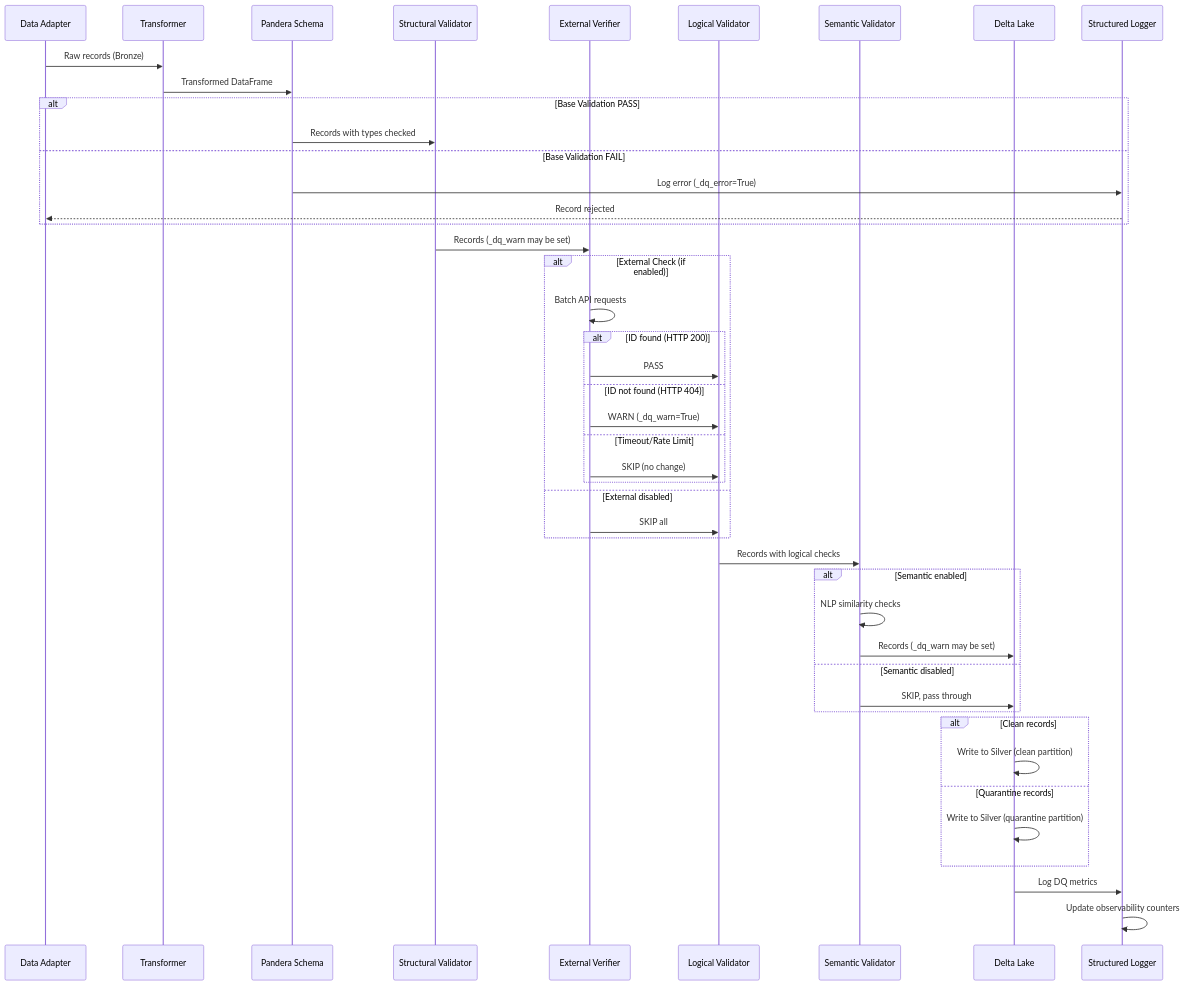
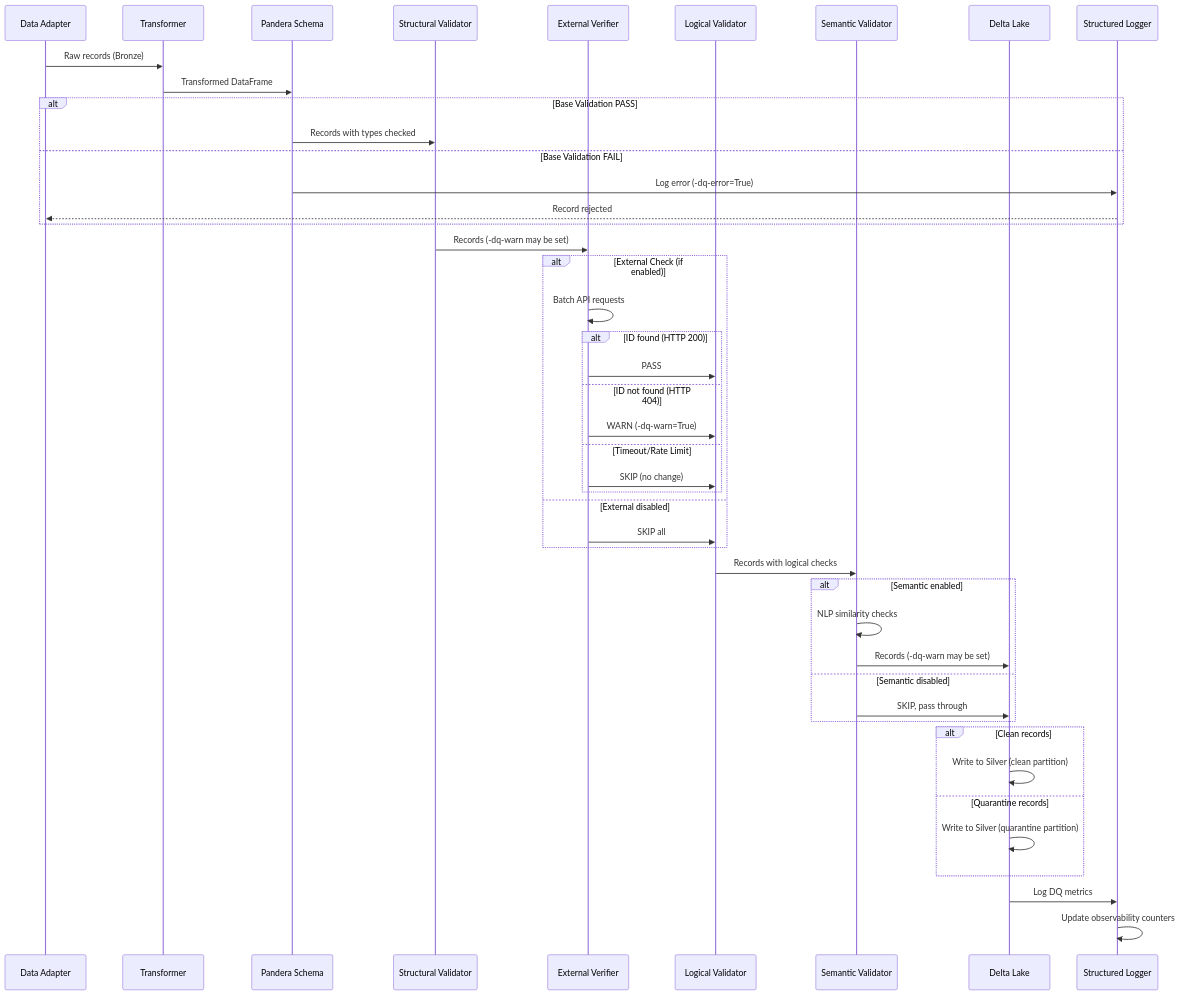
Before and after one commit to SatoryKono/BioactivityDataAcquisition: the fourth of 4 diagrams in docs/03-guides/publication-validation-guide.md, drawn with Mermaid. The commit also changed other lines of this file and 311 other files, not shown here.

````diff
--- a/docs/03-guides/publication-validation-guide.md
+++ b/docs/03-guides/publication-validation-guide.md
@@ -453,55 +453,55 @@
 ```mermaid
 sequenceDiagram
     participant Adapter as Data Adapter
     participant Transformer as Transformer
     participant Pandera as Pandera Schema
     participant StructVal as Structural Validator
     participant ExtVal as External Verifier
     participant LogVal as Logical Validator
     participant SemVal as Semantic Validator
     participant Storage as Delta Lake
     participant Logger as Structured Logger
 
     Adapter->>Transformer: Raw records (Bronze)
     Transformer->>Pandera: Transformed DataFrame
 
     alt Base Validation PASS
         Pandera->>StructVal: Records with types checked
     else Base Validation FAIL
-        Pandera->>Logger: Log error (_dq_error=True)
+        Pandera->>Logger: Log error (-dq-error=True)
         Logger-->>Adapter: Record rejected
     end
 
-    StructVal->>ExtVal: Records (_dq_warn may be set)
+    StructVal->>ExtVal: Records (-dq-warn may be set)
 
     alt External Check (if enabled)
         ExtVal->>ExtVal: Batch API requests
         alt ID found (HTTP 200)
             ExtVal->>LogVal: PASS
         else ID not found (HTTP 404)
-            ExtVal->>LogVal: WARN (_dq_warn=True)
+            ExtVal->>LogVal: WARN (-dq-warn=True)
         else Timeout/Rate Limit
             ExtVal->>LogVal: SKIP (no change)
         end
     else External disabled
         ExtVal->>LogVal: SKIP all
     end
 
     LogVal->>SemVal: Records with logical checks
 
     alt Semantic enabled
         SemVal->>SemVal: NLP similarity checks
-        SemVal->>Storage: Records (_dq_warn may be set)
+        SemVal->>Storage: Records (-dq-warn may be set)
     else Semantic disabled
         SemVal->>Storage: SKIP, pass through
     end
 
     alt Clean records
         Storage->>Storage: Write to Silver (clean partition)
     else Quarantine records
         Storage->>Storage: Write to Silver (quarantine partition)
     end
 
     Storage->>Logger: Log DQ metrics
     Logger->>Logger: Update observability counters
 ```
````
